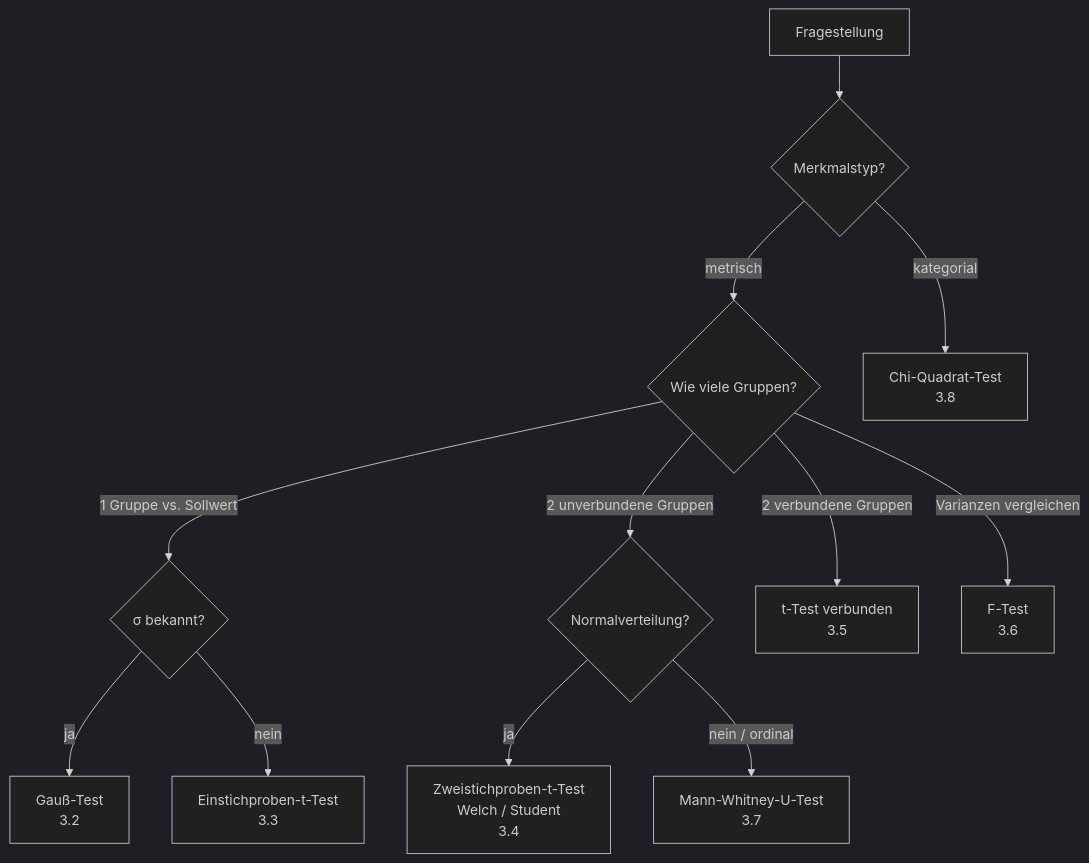
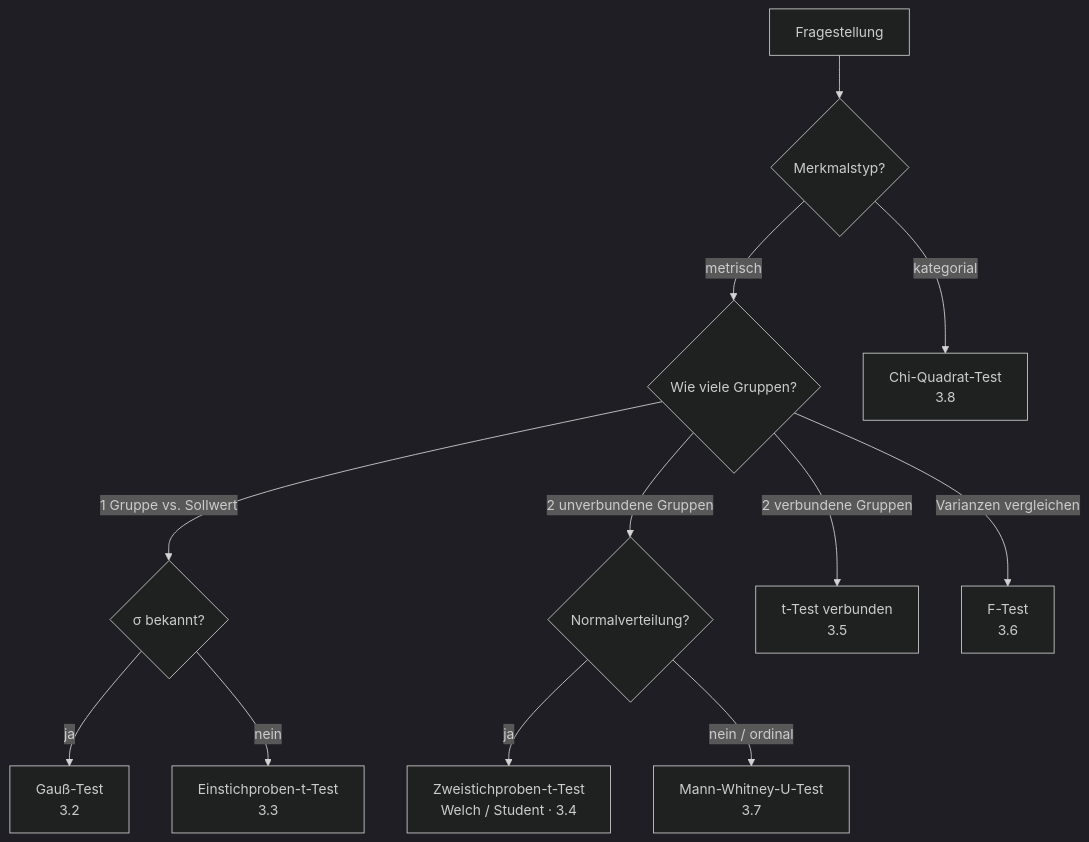
Before and after one commit to Haon2005/Statistik-Test: the diagram in qmd/kapitel_hypothesentests/index.qmd, drawn with Mermaid (dark theme). The commit also changed other lines of this file and 62 other files, not shown here.

````diff
--- a/qmd/kapitel_hypothesentests/index.qmd
+++ b/qmd/kapitel_hypothesentests/index.qmd
@@ -48,14 +48,15 @@
 ```{mermaid}
+%%{init: {"flowchart": {"htmlLabels": true}} }%%
 flowchart TD
     A[Fragestellung] --> B{Merkmalstyp?}
     B -->|metrisch| C{Wie viele Gruppen?}
-    B -->|kategorial| K[Chi-Quadrat-Test\n3.8]
-    C -->|1 Gruppe vs. Sollwert| D{σ bekannt?}
-    C -->|2 unverbundene Gruppen| E{Normalverteilung?}
-    C -->|2 verbundene Gruppen| F[t-Test verbunden\n3.5]
-    C -->|Varianzen vergleichen| G[F-Test\n3.6]
-    D -->|ja| H[Gauß-Test\n3.2]
-    D -->|nein| I[Einstichproben-t-Test\n3.3]
-    E -->|ja| J[Zweistichproben-t-Test\nWelch / Student\n3.4]
-    E -->|nein / ordinal| L[Mann-Whitney-U-Test\n3.7]
+    B -->|kategorial| K["Chi-Quadrat-Test<br/>3.8"]
+    C -->|"1 Gruppe vs. Sollwert"| D{σ bekannt?}
+    C -->|"2 unverbundene Gruppen"| E{Normalverteilung?}
+    C -->|"2 verbundene Gruppen"| F["t-Test verbunden<br/>3.5"]
+    C -->|"Varianzen vergleichen"| G["F-Test<br/>3.6"]
+    D -->|ja| H["Gauß-Test<br/>3.2"]
+    D -->|nein| I["Einstichproben-t-Test<br/>3.3"]
+    E -->|ja| J["Zweistichproben-t-Test<br/>Welch / Student · 3.4"]
+    E -->|"nein / ordinal"| L["Mann-Whitney-U-Test<br/>3.7"]
 ```
````
